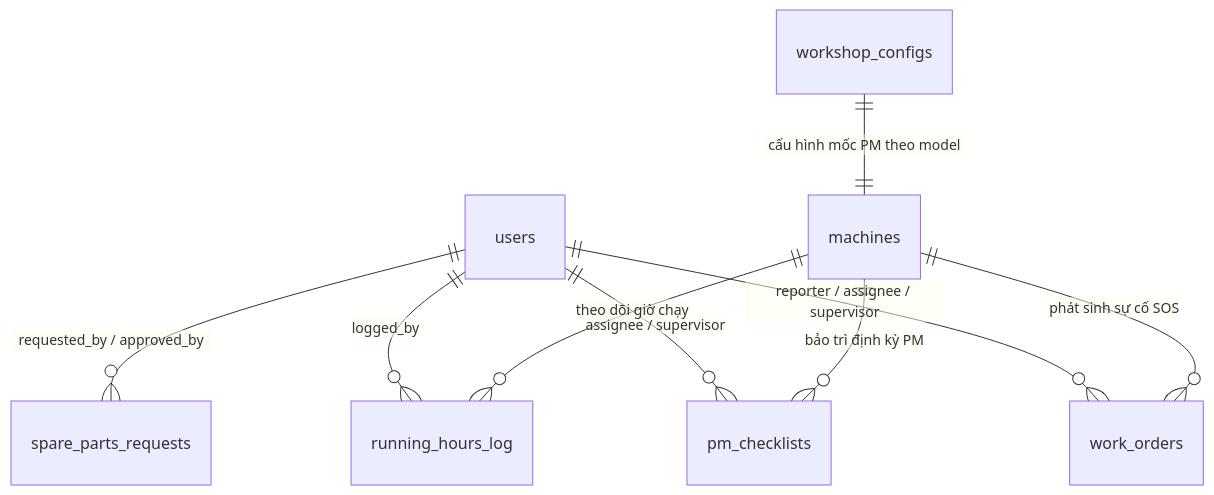
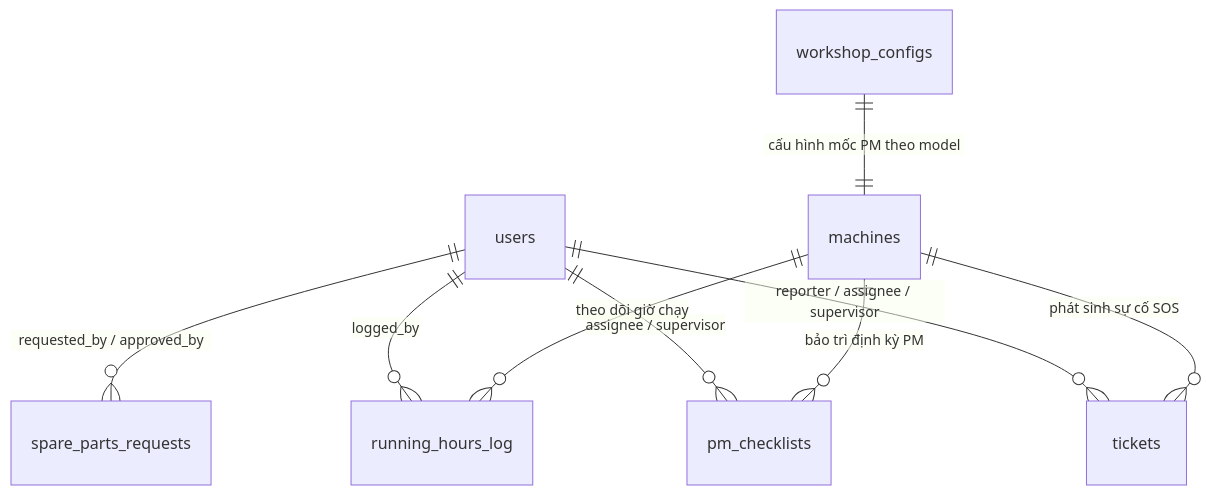
One commit to pvduy23052005/cse441-mobile-asset-track changed diagram 12 of 12 in system_design.md. Above: the diagram before and after it, drawn with Mermaid. The commit also changed other lines of this file and 3 other files, not shown here.

Commit message:
docs: update project documentation and database schema design specifications

````diff
--- a/system_design.md
+++ b/system_design.md
@@ -503,11 +501,11 @@
 ```mermaid
 erDiagram
-    users ||--o{ work_orders : "reporter / assignee / supervisor"
+    users ||--o{ tickets : "reporter / assignee / supervisor"
     users ||--o{ pm_checklists : "assignee / supervisor"
     users ||--o{ spare_parts_requests : "requested_by / approved_by"
     users ||--o{ running_hours_log : "logged_by"
-    machines ||--o{ work_orders : "phát sinh sự cố SOS"
+    machines ||--o{ tickets : "phát sinh sự cố SOS"
     machines ||--o{ pm_checklists : "bảo trì định kỳ PM"
     machines ||--o{ running_hours_log : "theo dõi giờ chạy"
     workshop_configs ||--|| machines : "cấu hình mốc PM theo model"
 ```
````
